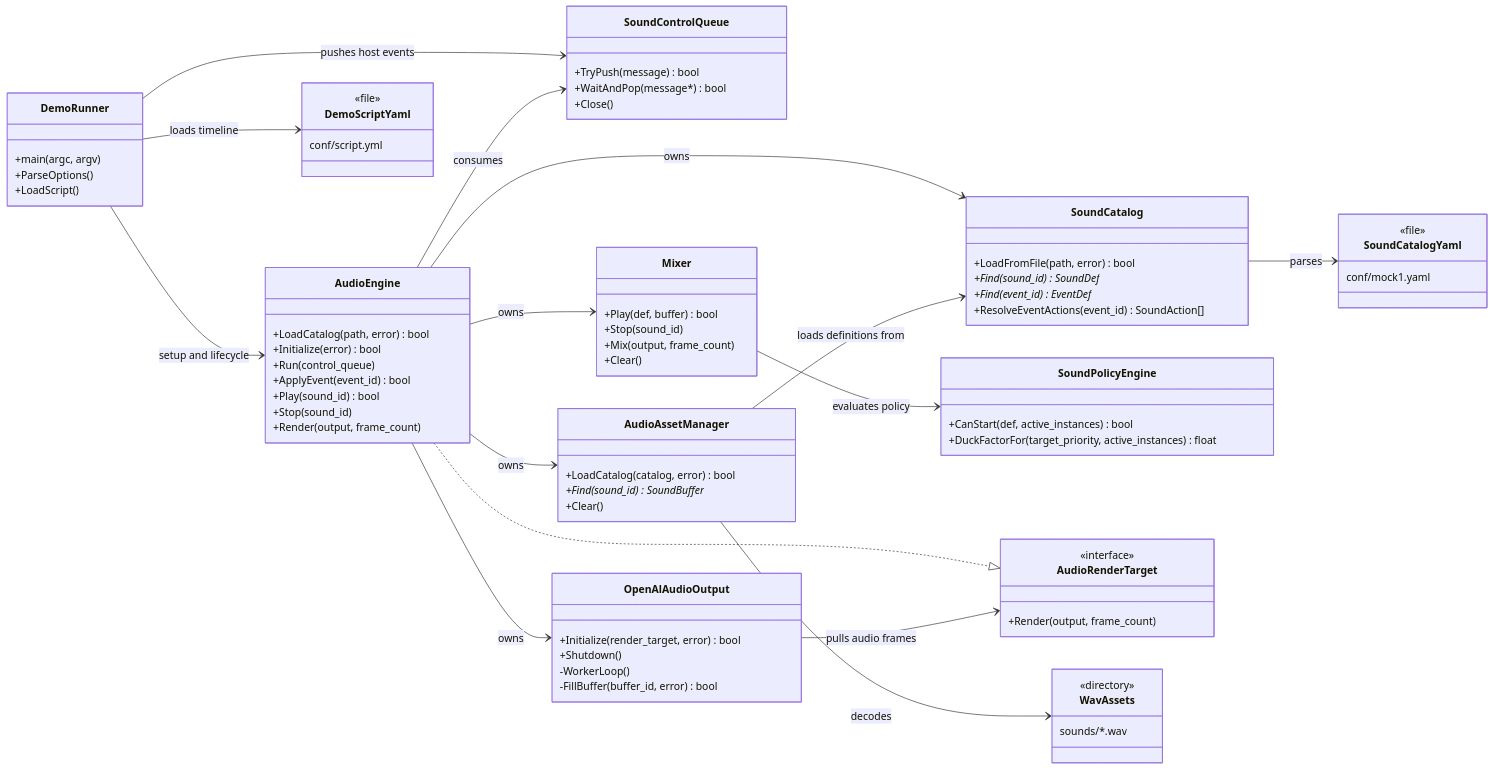
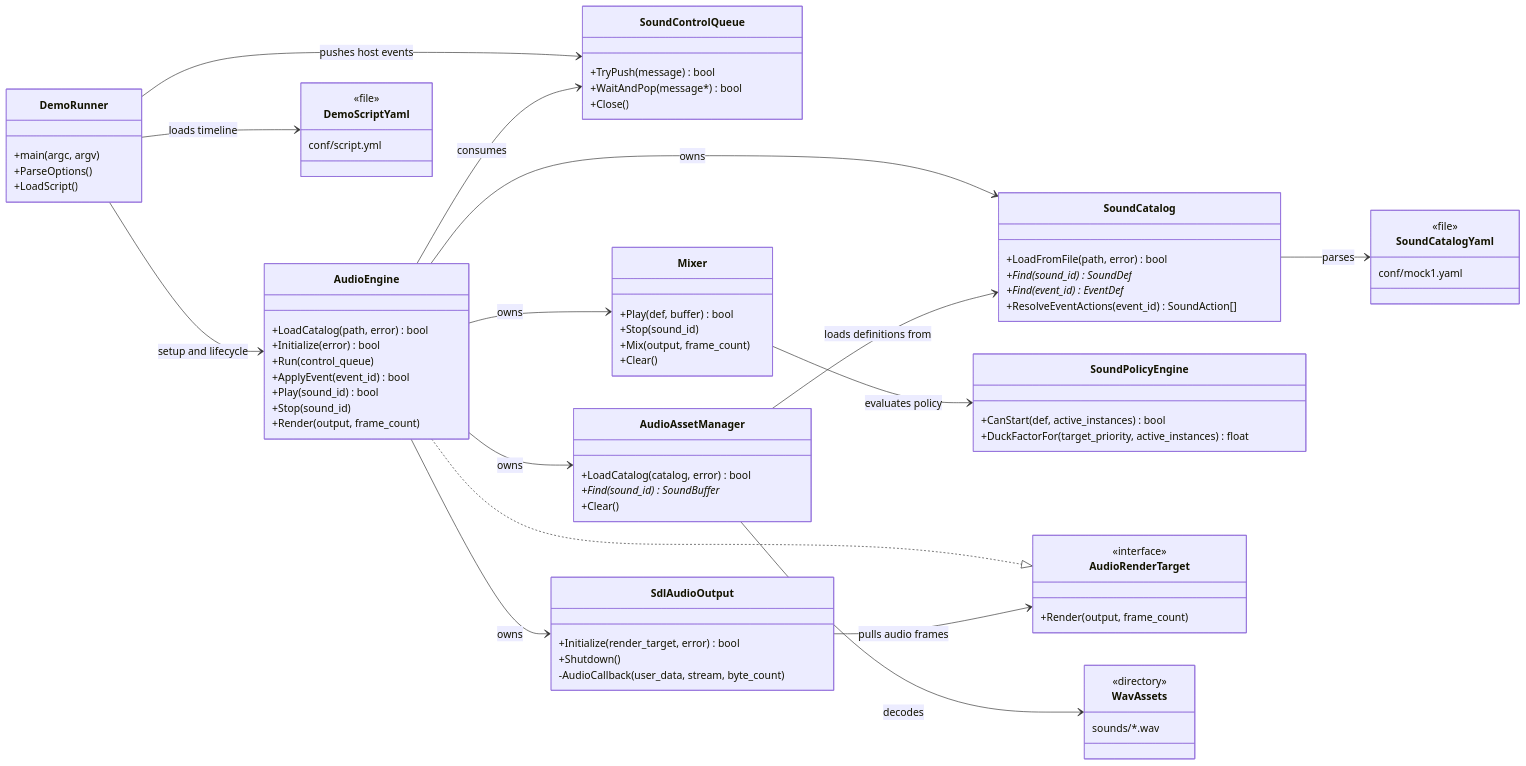
The first of 4 diagrams in docs/architecture_uml.md (ddoxey/soundscape), drawn with Mermaid before and after one commit. The commit also changed other lines of this file and 9 other files, not shown here.

Commit message:
Add audio diagnostics and refresh UML

````diff
--- a/docs/architecture_uml.md
+++ b/docs/architecture_uml.md
@@ -56,11 +56,10 @@
   +DuckFactorFor(target_priority, active_instances) float
 }
 
-class OpenAlAudioOutput {
+class SdlAudioOutput {
   +Initialize(render_target, error) bool
   +Shutdown()
-  -WorkerLoop()
-  -FillBuffer(buffer_id, error) bool
+  -AudioCallback(user_data, stream, byte_count)
 }
 
 class AudioRenderTarget {
@@ -90,11 +89,11 @@
 AudioEngine --> SoundCatalog : owns
 AudioEngine --> AudioAssetManager : owns
 AudioEngine --> Mixer : owns
-AudioEngine --> OpenAlAudioOutput : owns
+AudioEngine --> SdlAudioOutput : owns
 AudioEngine --> SoundControlQueue : consumes
 SoundCatalog --> SoundCatalogYaml : parses
 AudioAssetManager --> SoundCatalog : loads definitions from
 AudioAssetManager --> WavAssets : decodes
 Mixer --> SoundPolicyEngine : evaluates policy
-OpenAlAudioOutput --> AudioRenderTarget : pulls audio frames
+SdlAudioOutput --> AudioRenderTarget : pulls audio frames
 ```
````
